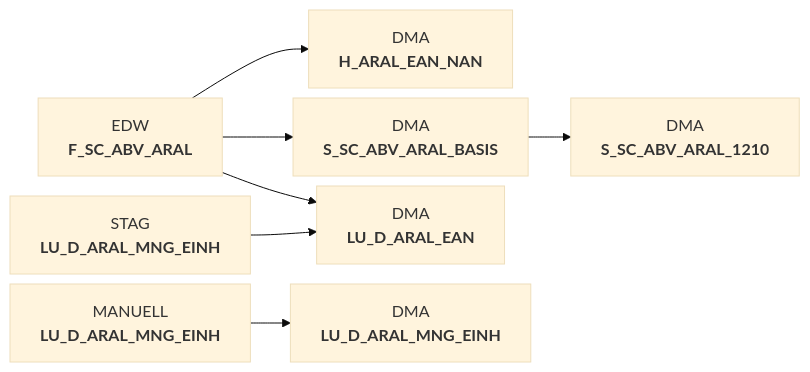
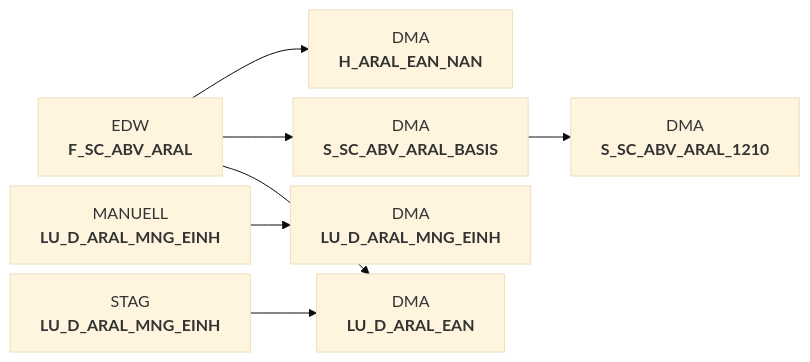
One commit to integration-factory-de/sas_code_docs changed the diagram in docs/Applications/DWABVARAL/snow_abv_aral_verdichtungen.sas.md. Above: the diagram before and after it, drawn with Mermaid (base theme). The commit also changed other lines of this file and 129 other files, not shown here.

````diff
--- a/docs/Applications/DWABVARAL/snow_abv_aral_verdichtungen.sas.md
+++ b/docs/Applications/DWABVARAL/snow_abv_aral_verdichtungen.sas.md
@@ -9,21 +39,21 @@
 ```mermaid
 %%{init: {'flowchart': { 'nodeSpacing': 10, 'rankSpacing': 40, 'rankdir': 'TB' }}}%%
 
 flowchart LR
 
   EDW.F_SC_ABV_ARAL["EDW<br/><b>F_SC_ABV_ARAL</b>"] --> DMA.H_ARAL_EAN_NAN["DMA<br/><b>H_ARAL_EAN_NAN</b>"]
   DMA.S_SC_ABV_ARAL_BASIS["DMA<br/><b>S_SC_ABV_ARAL_BASIS</b>"] --> DMA.S_SC_ABV_ARAL_1210["DMA<br/><b>S_SC_ABV_ARAL_1210</b>"]
+  MANUELL.LU_D_ARAL_MNG_EINH["MANUELL<br/><b>LU_D_ARAL_MNG_EINH</b>"] --> DMA.LU_D_ARAL_MNG_EINH["DMA<br/><b>LU_D_ARAL_MNG_EINH</b>"]
+  EDW.F_SC_ABV_ARAL["EDW<br/><b>F_SC_ABV_ARAL</b>"] --> DMA.S_SC_ABV_ARAL_BASIS["DMA<br/><b>S_SC_ABV_ARAL_BASIS</b>"]
   STAG.LU_D_ARAL_MNG_EINH["STAG<br/><b>LU_D_ARAL_MNG_EINH</b>"] --> DMA.LU_D_ARAL_EAN["DMA<br/><b>LU_D_ARAL_EAN</b>"]
   EDW.F_SC_ABV_ARAL["EDW<br/><b>F_SC_ABV_ARAL</b>"] --> DMA.LU_D_ARAL_EAN["DMA<br/><b>LU_D_ARAL_EAN</b>"]
-  MANUELL.LU_D_ARAL_MNG_EINH["MANUELL<br/><b>LU_D_ARAL_MNG_EINH</b>"] --> DMA.LU_D_ARAL_MNG_EINH["DMA<br/><b>LU_D_ARAL_MNG_EINH</b>"]
-  EDW.F_SC_ABV_ARAL["EDW<br/><b>F_SC_ABV_ARAL</b>"] --> DMA.S_SC_ABV_ARAL_BASIS["DMA<br/><b>S_SC_ABV_ARAL_BASIS</b>"]
   click EDW.F_SC_ABV_ARAL "../../tables/EDW/F_SC_ABV_ARAL"
   click DMA.S_SC_ABV_ARAL_BASIS "../../tables/DMA/S_SC_ABV_ARAL_BASIS"
+  click MANUELL.LU_D_ARAL_MNG_EINH "../../tables/MANUELL/LU_D_ARAL_MNG_EINH"
   click STAG.LU_D_ARAL_MNG_EINH "../../tables/STAG/LU_D_ARAL_MNG_EINH"
-  click MANUELL.LU_D_ARAL_MNG_EINH "../../tables/MANUELL/LU_D_ARAL_MNG_EINH"
   click DMA.H_ARAL_EAN_NAN "../../tables/DMA/H_ARAL_EAN_NAN"
   click DMA.S_SC_ABV_ARAL_1210 "../../tables/DMA/S_SC_ABV_ARAL_1210"
-  click DMA.LU_D_ARAL_EAN "../../tables/DMA/LU_D_ARAL_EAN"
   click DMA.LU_D_ARAL_MNG_EINH "../../tables/DMA/LU_D_ARAL_MNG_EINH"
   click DMA.S_SC_ABV_ARAL_BASIS "../../tables/DMA/S_SC_ABV_ARAL_BASIS"
+  click DMA.LU_D_ARAL_EAN "../../tables/DMA/LU_D_ARAL_EAN"
 ```
````
